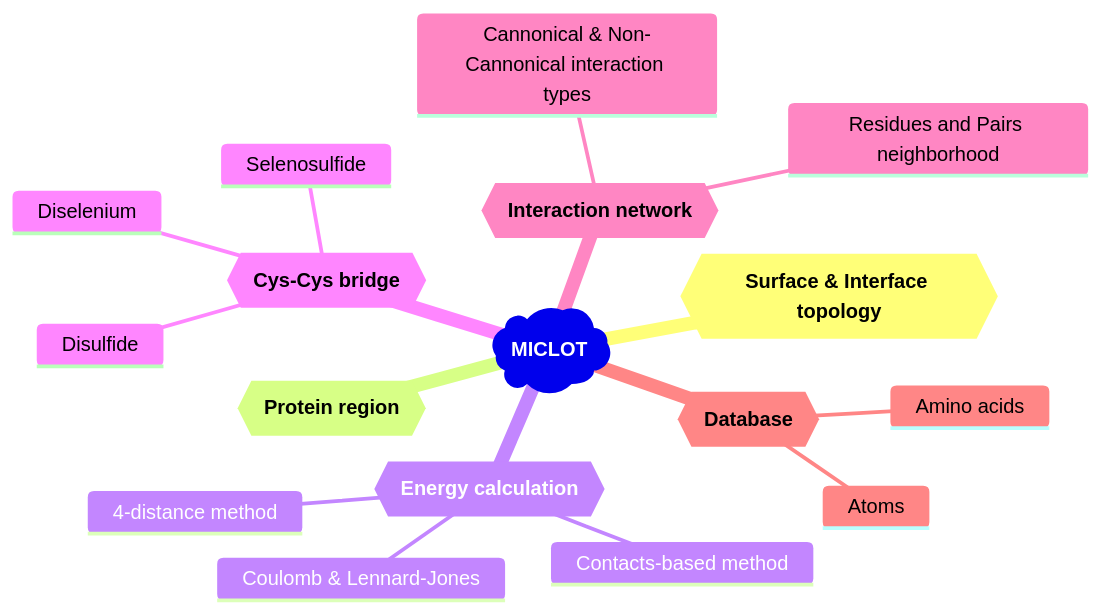
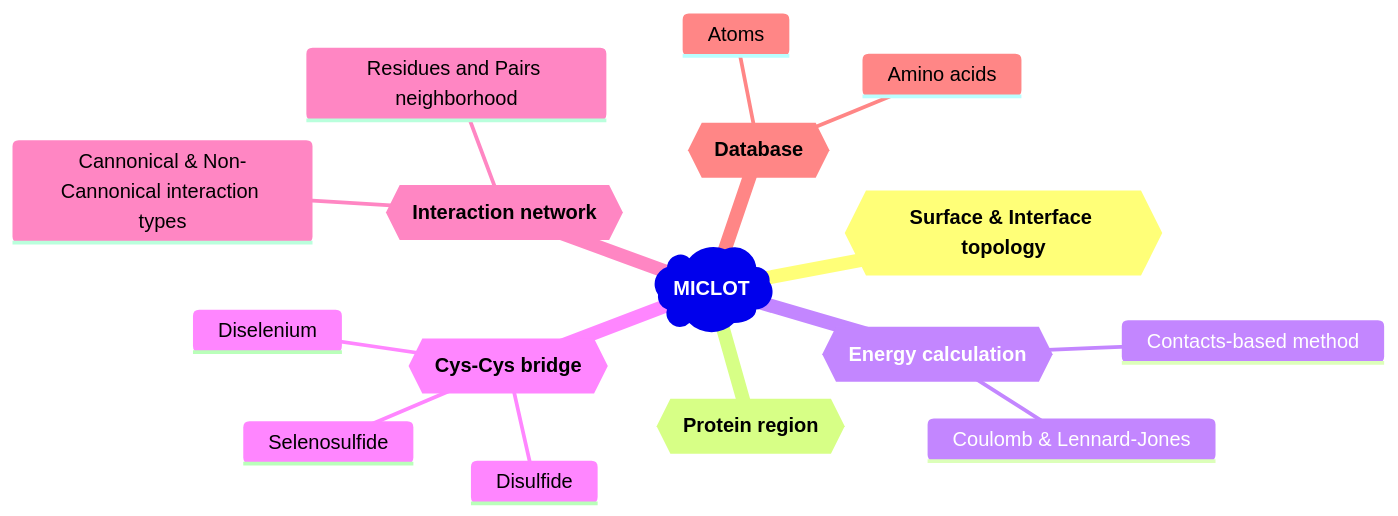
Before and after one commit to TMiclot/MICLOT: the diagram in README.md, drawn with Mermaid. The commit also changed 5 other files, not shown here.

````diff
--- a/README.md
+++ b/README.md
@@ -22,20 +22,19 @@
 ```mermaid
 mindmap
     root)**MICLOT**(
         id{{**Surface & Interface topology**}}
         id{{**Protein region**}}
         id{{**Energy calculation**}}
             Contacts-based method
-            4-distance method
             Coulomb & Lennard-Jones
         id{{**Cys-Cys bridge**}}
             Disulfide
             Diselenium
             Selenosulfide
         id{{**Interaction network**}}
             Cannonical & Non-Cannonical interaction types
             Residues and Pairs neighborhood
         id{{**Database**}}
             Amino acids
             Atoms
 ```
````
